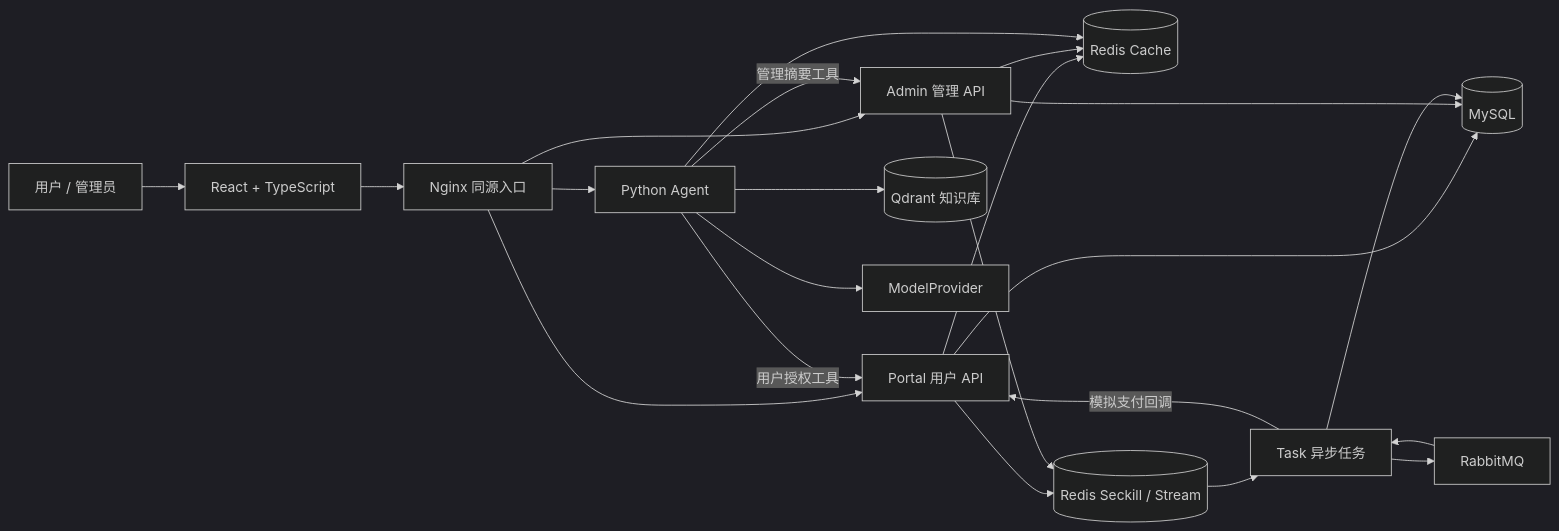
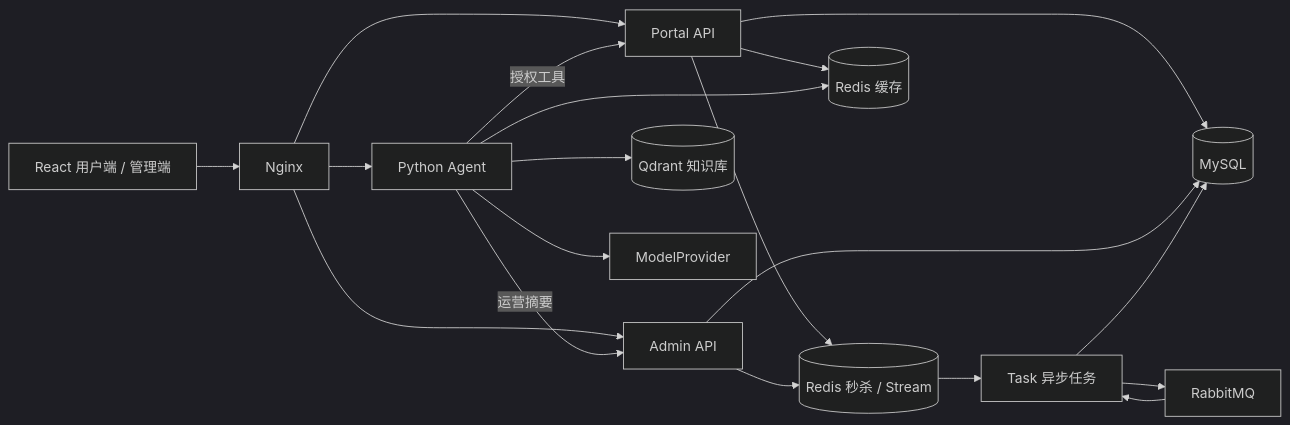
The diagram in README.md (LBBZ/hotShop), drawn with Mermaid (dark theme) before and after one commit. The commit also changed other lines of this file and 82 other files, not shown here.

````diff
--- a/README.md
+++ b/README.md
@@ -29,24 +50,21 @@
 ```mermaid
 flowchart LR
-    User[用户 / 管理员] --> Web[React + TypeScript]
-    Web --> Nginx[Nginx 同源入口]
-    Nginx --> Portal[Portal 用户 API]
-    Nginx --> Admin[Admin 管理 API]
+    Browser[React 用户端 / 管理端] --> Nginx[Nginx]
+    Nginx --> Portal[Portal API]
+    Nginx --> Admin[Admin API]
     Nginx --> Agent[Python Agent]
-    Portal --> DB[(MySQL)]
-    Admin --> DB
-    Task[Task 异步任务] --> DB
-    Portal --> Cache[(Redis Cache)]
-    Admin --> Cache
+    Portal --> MySQL[(MySQL)]
+    Admin --> MySQL
+    Portal --> Redis[(Redis 秒杀 / Stream)]
+    Admin --> Redis
+    Redis --> Task[Task 异步任务]
+    Task --> MySQL
+    Task --> RabbitMQ[RabbitMQ]
+    RabbitMQ --> Task
+    Portal --> Cache[(Redis 缓存)]
     Agent --> Cache
-    Portal --> Seckill[(Redis Seckill / Stream)]
-    Admin --> Seckill
-    Seckill --> Task
-    Task --> MQ[RabbitMQ]
-    MQ --> Task
-    Task -->|模拟支付回调| Portal
-    Agent -->|用户授权工具| Portal
-    Agent -->|管理摘要工具| Admin
-    Agent --> Knowledge[(Qdrant 知识库)]
+    Agent -->|授权工具| Portal
+    Agent -->|运营摘要| Admin
+    Agent --> Qdrant[(Qdrant 知识库)]
     Agent --> Model[ModelProvider]
 ```
````
